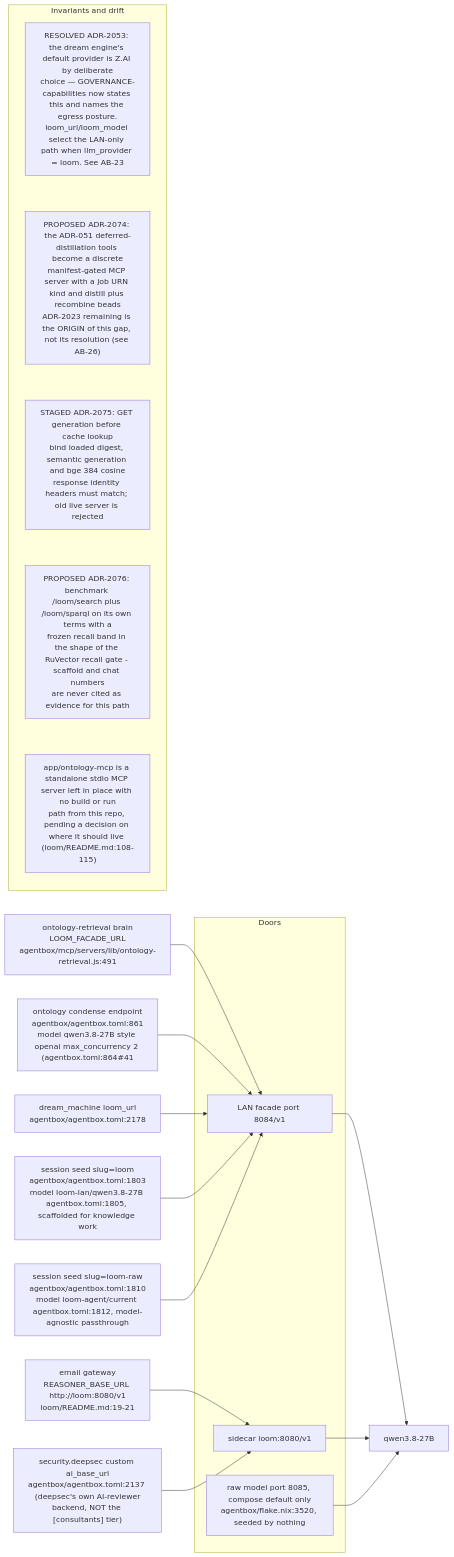
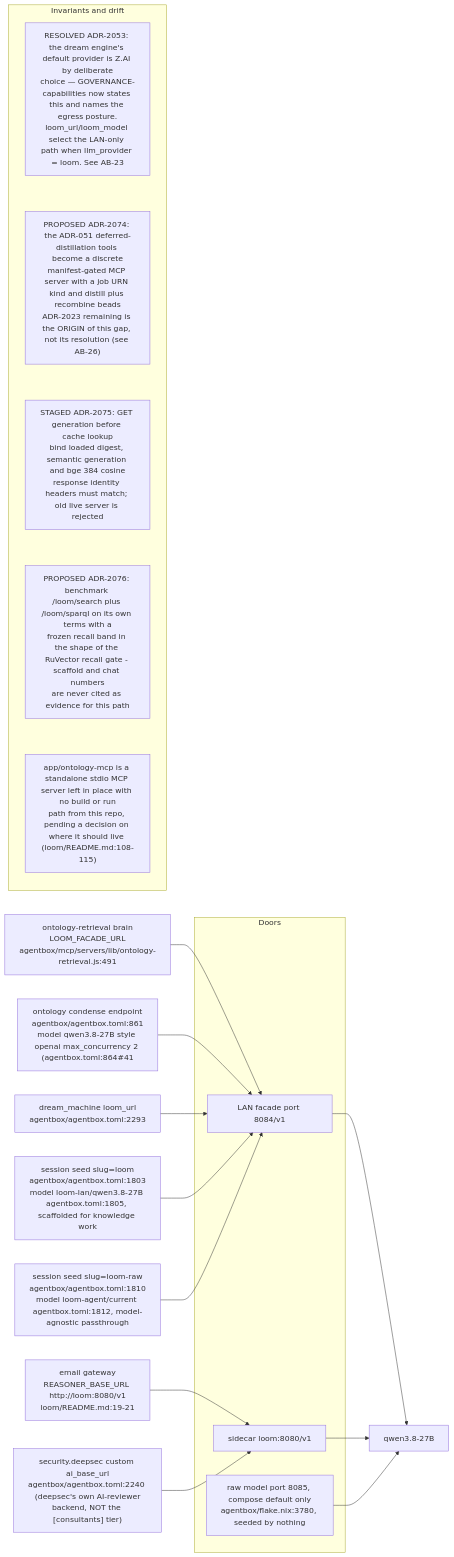
Before and after one commit to DreamLab-AI/VisionFlow: the eighth of 13 diagrams in docs/diagrams/agentbox/24-loom-facade.md, drawn with Mermaid. The commit also changed other lines of this file and 111 other files, not shown here.

Commit message:
docs(diagrams): align estate maps with current source

````diff
--- a/docs/diagrams/agentbox/24-loom-facade.md
+++ b/docs/diagrams/agentbox/24-loom-facade.md
@@ -315,27 +315,27 @@
 ```mermaid
 flowchart LR
     subgraph doors["Doors"]
         D84["LAN facade port 8084/v1"]
         D80["sidecar loom:8080/v1"]
-        D85["raw model port 8085, compose default only<br/>agentbox/flake.nix:3520, seeded by nothing"]
+        D85["raw model port 8085, compose default only<br/>agentbox/flake.nix:3780, seeded by nothing"]
     end
     RET["ontology-retrieval brain<br/>LOOM_FACADE_URL<br/>agentbox/mcp/servers/lib/ontology-retrieval.js:491"] --> D84
     COND["ontology condense endpoint<br/>agentbox/agentbox.toml:861<br/>model qwen3.8-27B style openai max_concurrency 2 #40;agentbox.toml:864#41;"] --> D84
-    DREAM["dream_machine loom_url<br/>agentbox/agentbox.toml:2178"] --> D84
+    DREAM["dream_machine loom_url<br/>agentbox/agentbox.toml:2293"] --> D84
     SEEDL["session seed slug=loom<br/>agentbox/agentbox.toml:1803<br/>model loom-lan/qwen3.8-27B agentbox.toml:1805, scaffolded for knowledge work"] --> D84
     SEEDR["session seed slug=loom-raw<br/>agentbox/agentbox.toml:1810<br/>model loom-agent/current agentbox.toml:1812, model-agnostic passthrough"] --> D84
     EMAIL["email gateway<br/>REASONER_BASE_URL http://loom:8080/v1<br/>loom/README.md:19-21"] --> D80
-    CUST["security.deepsec custom ai_base_url<br/>agentbox/agentbox.toml:2137 #40;deepsec#39;s own AI-reviewer<br/>backend, NOT the #91;consultants#93; tier#41;"] --> D80
+    CUST["security.deepsec custom ai_base_url<br/>agentbox/agentbox.toml:2240 #40;deepsec#39;s own AI-reviewer<br/>backend, NOT the #91;consultants#93; tier#41;"] --> D80
     D84 --> M["qwen3.8-27B"]
     D80 --> M
     D85 --> M
     subgraph notes["Invariants and drift"]
         direction TB
         N1["RESOLVED ADR-2053: the dream engine's default provider is Z.AI by deliberate<br/>choice — GOVERNANCE-capabilities now states this and names the egress posture.<br/>loom_url/loom_model select the LAN-only path when llm_provider = loom. See AB-23"]
         N2["PROPOSED ADR-2074: the ADR-051 deferred-distillation tools become a discrete<br/>manifest-gated MCP server with a job URN kind and distill plus recombine beads<br/>ADR-2023 remaining is the ORIGIN of this gap, not its resolution (see AB-26)"]
         N3["STAGED ADR-2075: GET generation before cache lookup<br/>bind loaded digest, semantic generation and bge 384 cosine<br/>response identity headers must match; old live server is rejected"]
         N4["PROPOSED ADR-2076: benchmark /loom/search plus /loom/sparql on its own terms with a<br/>frozen recall band in the shape of the RuVector recall gate - scaffold and chat numbers<br/>are never cited as evidence for this path"]
         N5["app/ontology-mcp is a standalone stdio MCP server left in place with no build or run<br/>path from this repo, pending a decision on where it should live (loom/README.md:108-115)"]
         N1 ~~~ N2 ~~~ N3 ~~~ N4 ~~~ N5
     end
 ```
````
